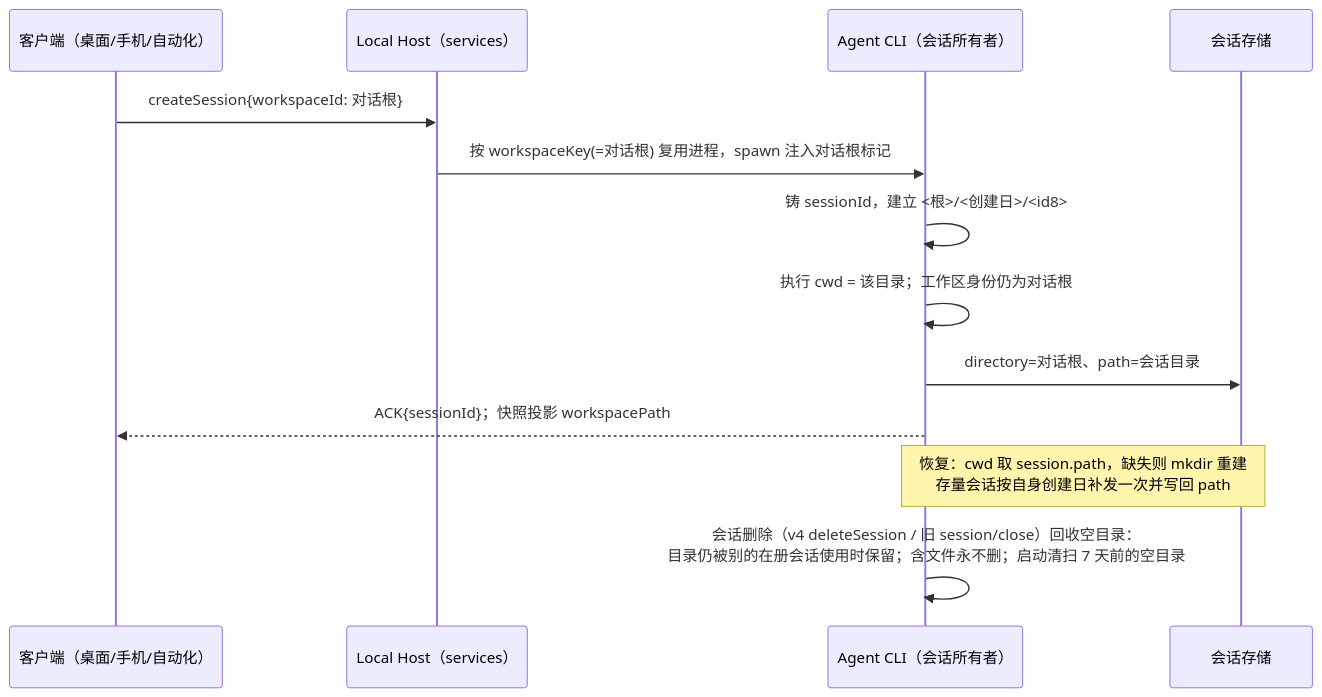
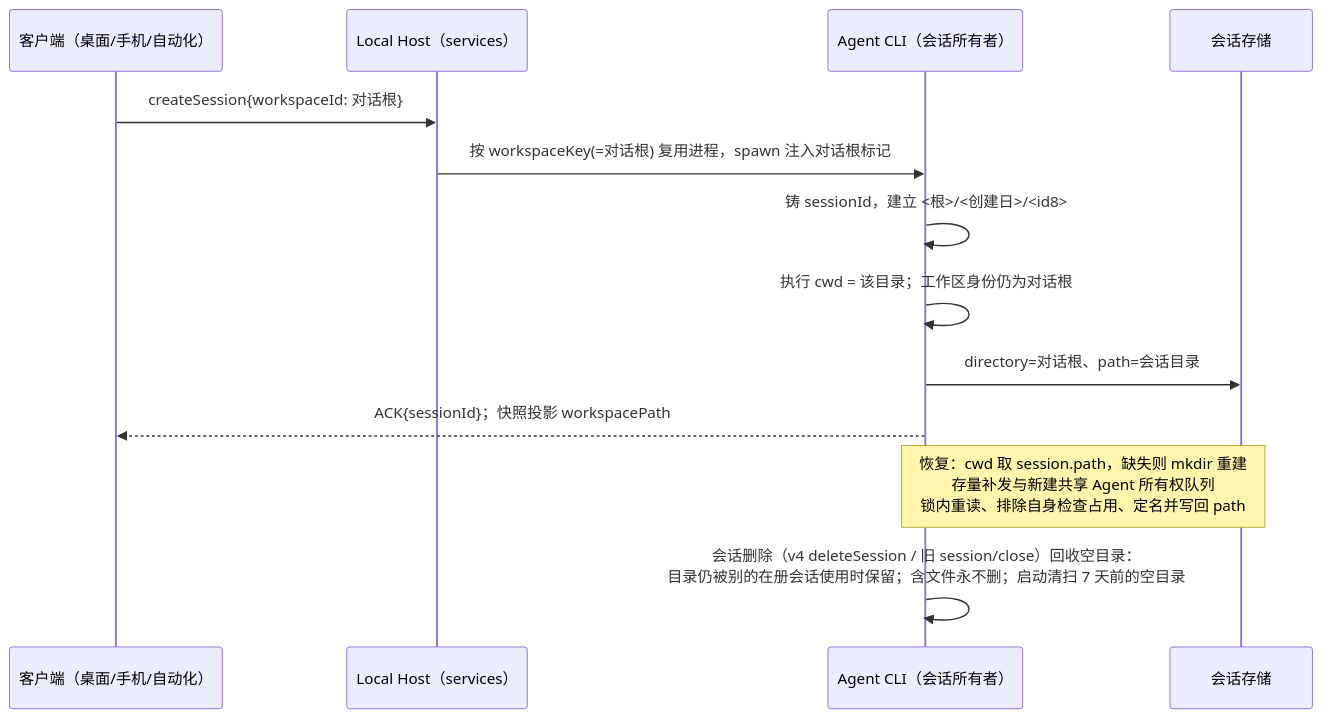
The third of 6 diagrams in docs/specs/conversation-session-workspace.md (No-ni/ZCodium), drawn with Mermaid before and after one commit. The commit also changed other lines of this file and 172 other files, not shown here.

````diff
--- a/docs/specs/conversation-session-workspace.md
+++ b/docs/specs/conversation-session-workspace.md
@@ -284,15 +528,15 @@
 ```mermaid
 sequenceDiagram
     participant C as 客户端（桌面/手机/自动化）
     participant H as Local Host（services）
     participant A as Agent CLI（会话所有者）
     participant S as 会话存储
     C->>H: createSession{workspaceId: 对话根}
     H->>A: 按 workspaceKey(=对话根) 复用进程，spawn 注入对话根标记
     A->>A: 铸 sessionId，建立 <根>/<创建日>/<id8>
     A->>A: 执行 cwd = 该目录；工作区身份仍为对话根
     A->>S: directory=对话根、path=会话目录
     A-->>C: ACK{sessionId}；快照投影 workspacePath
-    Note over A,S: 恢复：cwd 取 session.path，缺失则 mkdir 重建<br/>存量会话按自身创建日补发一次并写回 path
+    Note over A,S: 恢复：cwd 取 session.path，缺失则 mkdir 重建<br/>存量补发与新建共享 Agent 所有权队列<br/>锁内重读、排除自身检查占用、定名并写回 path
     A->>A: 会话删除（v4 deleteSession / 旧 session/close）回收空目录：<br/>目录仍被别的在册会话使用时保留；含文件永不删；启动清扫 7 天前的空目录
 ```
````
